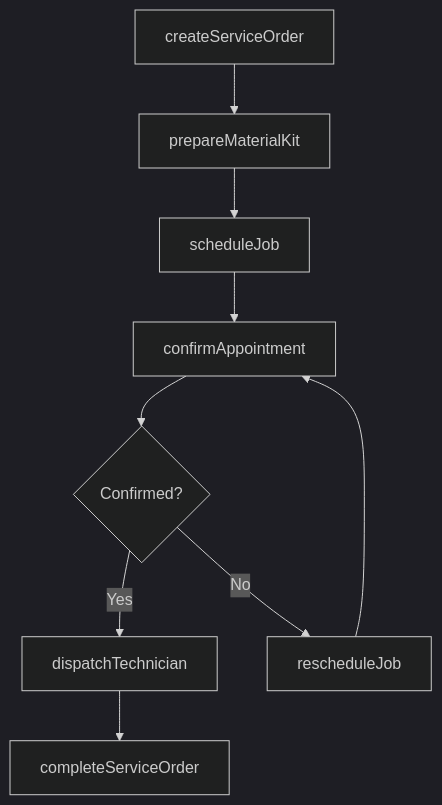
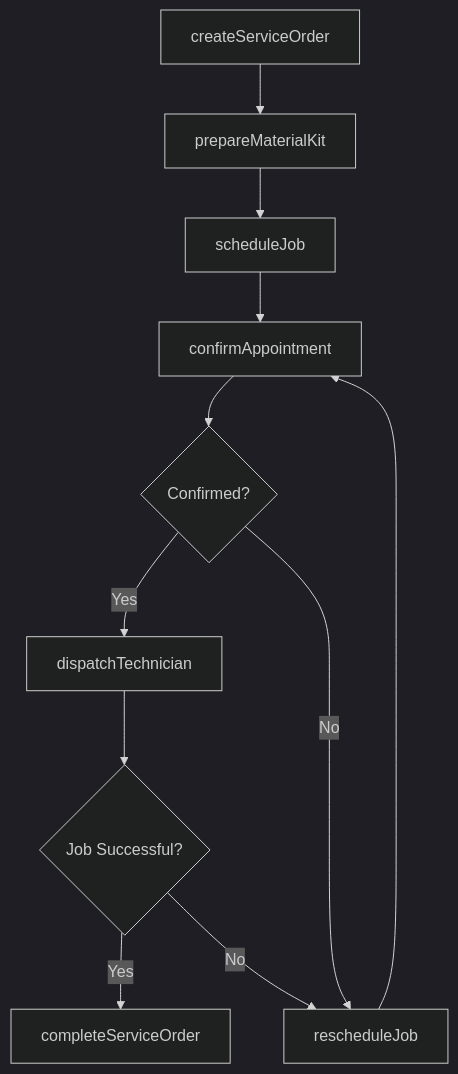
One commit to dot-org-ai/tasks.org.ai changed the third of 4 diagrams in SchedulingWorkAndActivities/ScheduleOperationalActivities/ScheduleRepairInstallationMaintenanceActivities.mdx. Above: the diagram before and after it, drawn with Mermaid (dark theme). The commit also changed other lines of this file and 504 other files, not shown here.

First line of the commit message:
feat: Add ER diagrams, state diagrams, and workflow improvements to 96 DWA task files

````diff
--- a/SchedulingWorkAndActivities/ScheduleOperationalActivities/ScheduleRepairInstallationMaintenanceActivities.mdx
+++ b/SchedulingWorkAndActivities/ScheduleOperationalActivities/ScheduleRepairInstallationMaintenanceActivities.mdx
@@ -87,11 +115,13 @@
 ```mermaid
 graph TD
     A[createServiceOrder] --> B[prepareMaterialKit]
     B --> C[scheduleJob]
     C --> D[confirmAppointment]
     D --> E{Confirmed?}
     E -->|Yes| F[dispatchTechnician]
     E -->|No| G[rescheduleJob]
     G --> D
-    F --> H[completeServiceOrder]
+    F --> H{Job Successful?}
+    H -->|Yes| I[completeServiceOrder]
+    H -->|No| G
 ```
````
